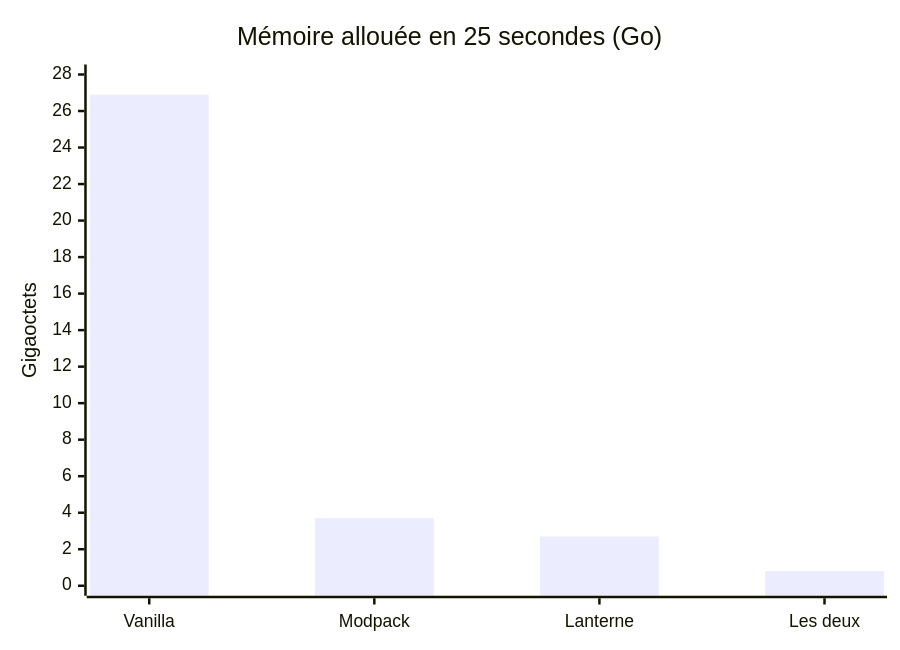
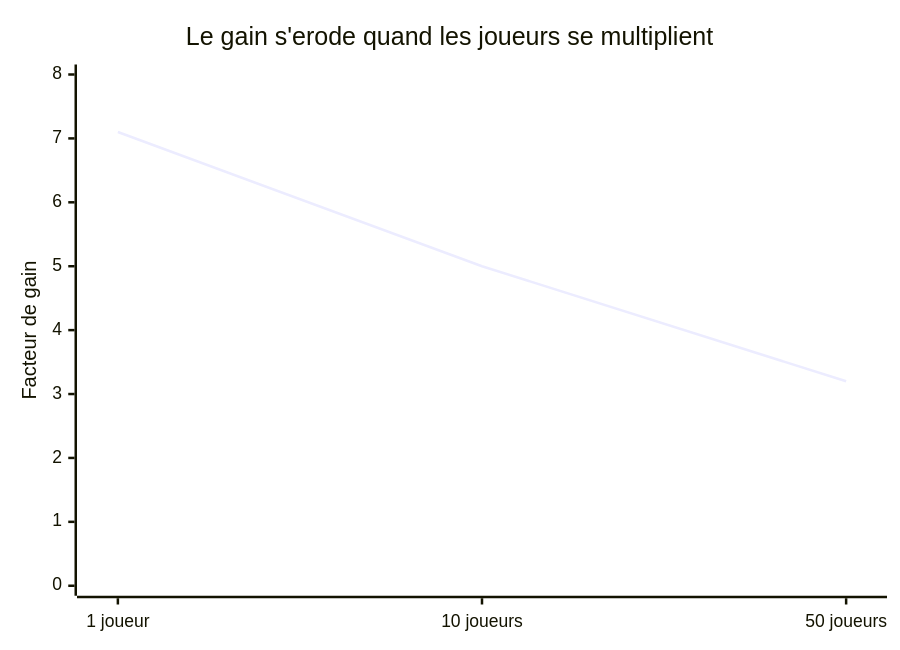
The fourth of 6 diagrams in README.md (AstroQuestStudio/Lanterne), drawn with Mermaid before and after one commit. The commit also changed other lines of this file and 1 other file, not shown here.

````diff
--- a/README.md
+++ b/README.md
@@ -190,7 +117,7 @@
 ```mermaid
 xychart-beta
-    title "Mémoire allouée en 25 secondes (Go)"
-    x-axis ["Vanilla", "Modpack", "Lanterne", "Les deux"]
-    y-axis "Gigaoctets" 0 --> 28
-    bar [26.9, 3.7, 2.7, 0.8]
+    title "Le gain s'erode quand les joueurs se multiplient"
+    x-axis ["1 joueur", "10 joueurs", "50 joueurs"]
+    y-axis "Facteur de gain" 0 --> 8
+    line [7.1, 5.0, 3.2]
 ```
````
